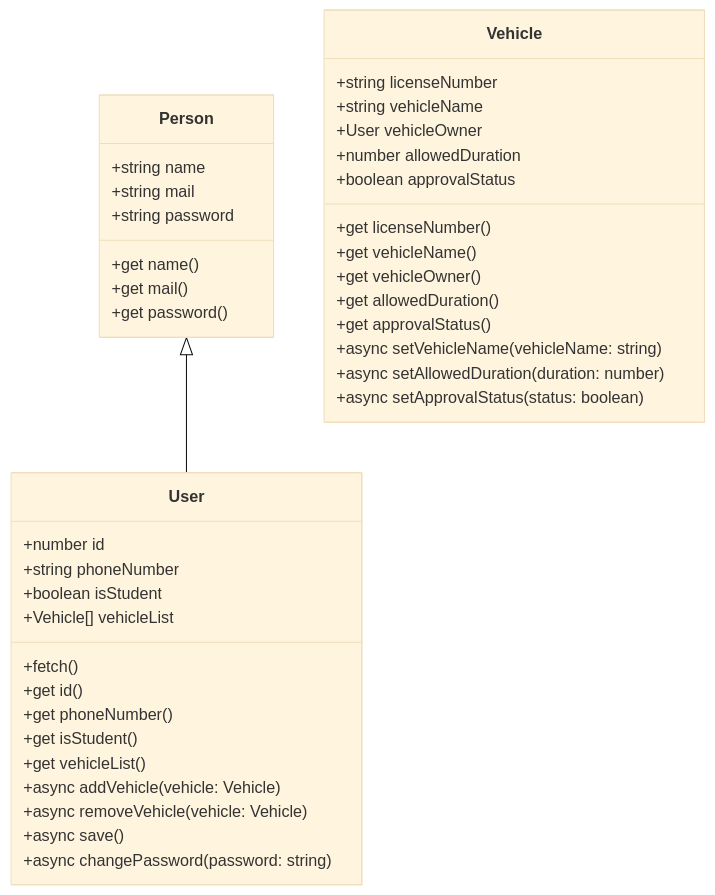
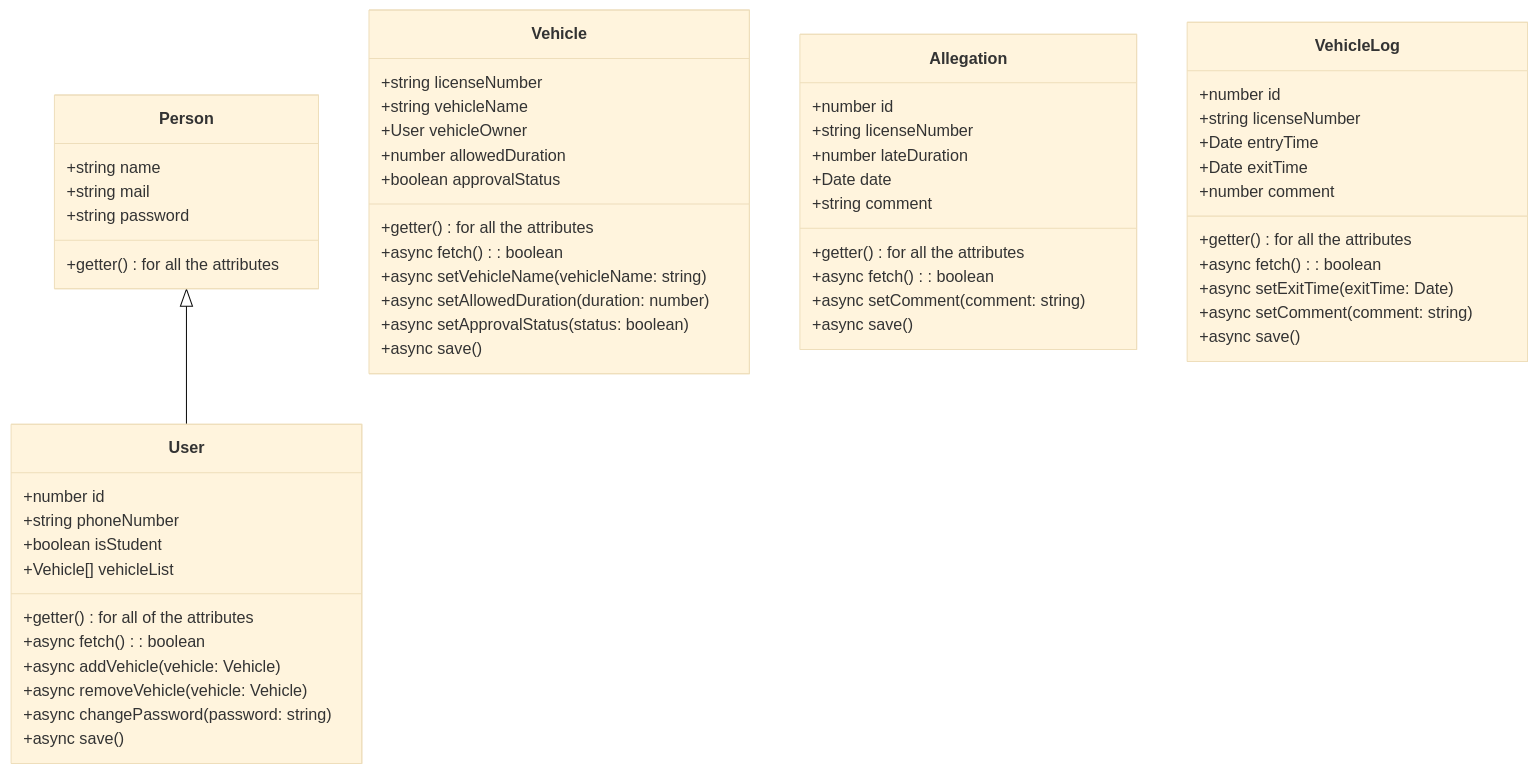
The diagram in README.md (Talha76/TrafficRecordManagementSystem), drawn with Mermaid (base theme) before and after one commit. The commit also changed other lines of this file and 4 other files, not shown here.

````diff
--- a/README.md
+++ b/README.md
@@ -56,40 +54,56 @@
 ```mermaid
 classDiagram
   Person <|-- User
   Person : +string name
   Person : +string mail
   Person : +string password
-  Person : +get name()
-  Person : +get mail()
-  Person : +get password()
+  Person : +getter() for all the attributes
   class User {
     +number id
     +string phoneNumber
     +boolean isStudent
     +Vehicle[] vehicleList
-    +fetch()
-    +get id()
-    +get phoneNumber()
-    +get isStudent()
-    +get vehicleList()
+    +getter() for all of the attributes
+    +async fetch(): boolean
     +async addVehicle(vehicle: Vehicle)
     +async removeVehicle(vehicle: Vehicle)
+    +async changePassword(password: string)
     +async save()
-    +async changePassword(password: string)
   }
   class Vehicle {
     +string licenseNumber
     +string vehicleName
     +User vehicleOwner
     +number allowedDuration
     +boolean approvalStatus
-    +get licenseNumber()
-    +get vehicleName()
-    +get vehicleOwner()
-    +get allowedDuration()
-    +get approvalStatus()
+    +getter() for all the attributes
+    +async fetch(): boolean
     +async setVehicleName(vehicleName: string)
     +async setAllowedDuration(duration: number)
     +async setApprovalStatus(status: boolean)
+    +async save()
+  }
+  class Allegation {
+    +number id
+    +string licenseNumber
+    +number lateDuration
+    +Date date
+    +string comment
+    +getter() for all the attributes
+    +async fetch(): boolean
+    +async setComment(comment: string)
+    +async save()
+  }
+  class VehicleLog {
+    +number id
+    +string licenseNumber
+    +Date entryTime
+    +Date exitTime
+    +number comment
+    +getter() for all the attributes
+    +async fetch(): boolean
+    +async setExitTime(exitTime: Date)
+    +async setComment(comment: string)
+    +async save()
   }
 ```
````
